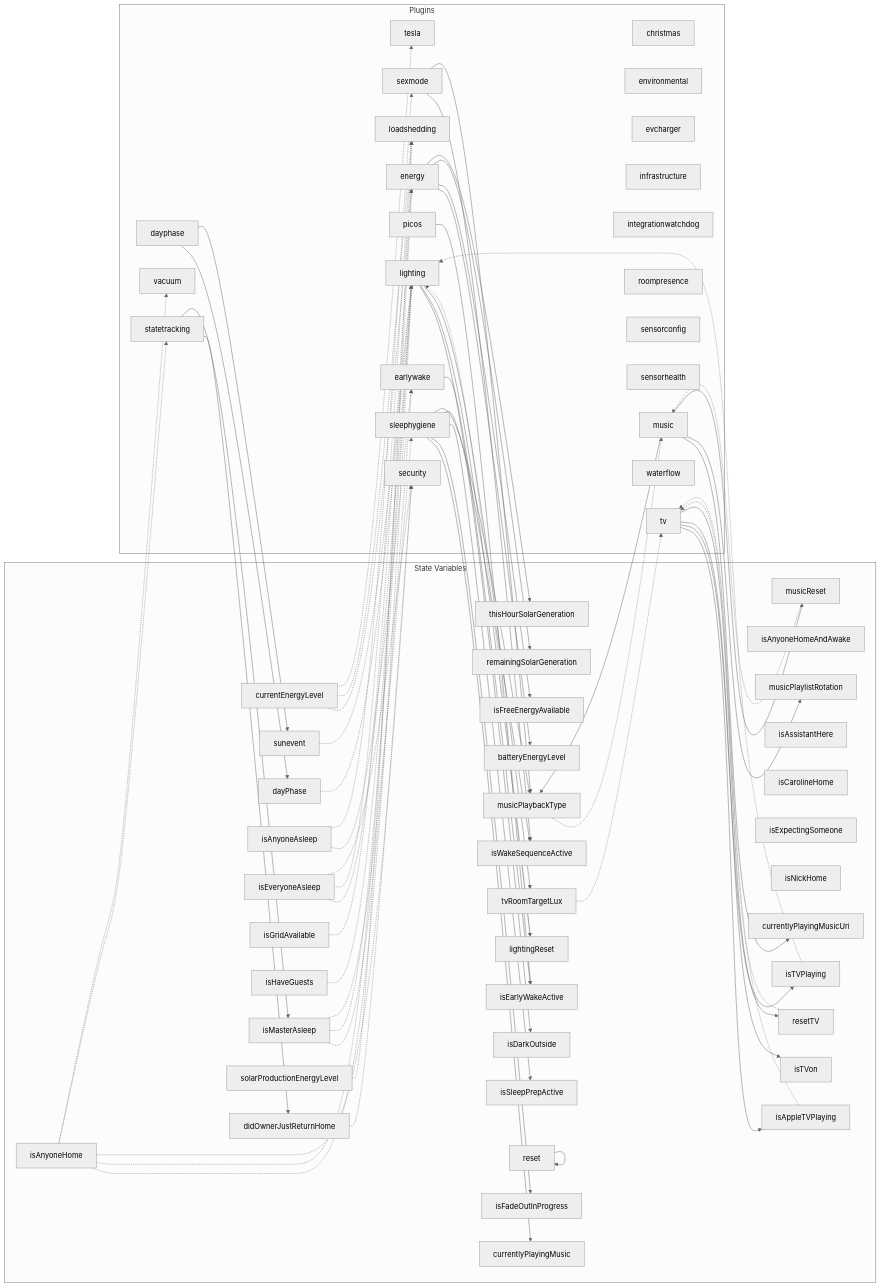
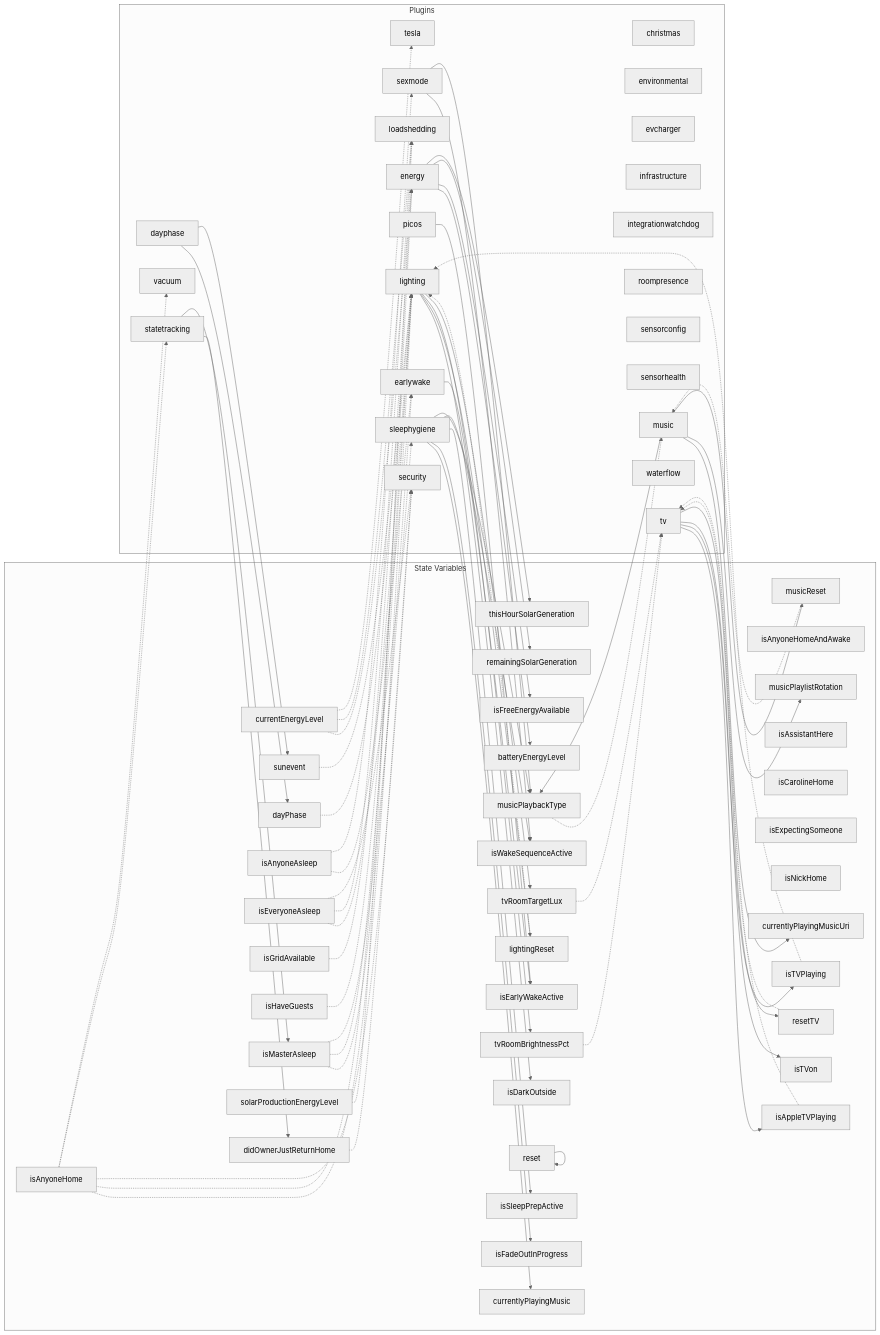
The diagram in docs/generated/plugin-dependencies.md (NickBorgers/home-automation), drawn with Mermaid (neutral theme) before and after one commit. The commit also changed 13 other files, not shown here.

```diff
--- a/docs/generated/plugin-dependencies.md
+++ b/docs/generated/plugin-dependencies.md
@@ -41,6 +41,7 @@
         solarProductionEnergyLevel["solarProductionEnergyLevel"]
         sunevent["sunevent"]
         thisHourSolarGeneration["thisHourSolarGeneration"]
+        tvRoomBrightnessPct["tvRoomBrightnessPct"]
         tvRoomTargetLux["tvRoomTargetLux"]
     end
 
@@ -100,6 +101,7 @@
     currentEnergyLevel -.-> tesla
     isAppleTVPlaying -.-> tv
     resetTV -.-> tv
+    tvRoomBrightnessPct -.-> tv
     tvRoomTargetLux -.-> tv
     isAnyoneHome -.-> vacuum
 
@@ -113,6 +115,7 @@
     energy --> thisHourSolarGeneration
     lighting --> isDarkOutside
     lighting --> lightingReset
+    lighting --> tvRoomBrightnessPct
     lighting --> tvRoomTargetLux
     music --> currentlyPlayingMusicUri
     music --> musicPlaybackType
```
